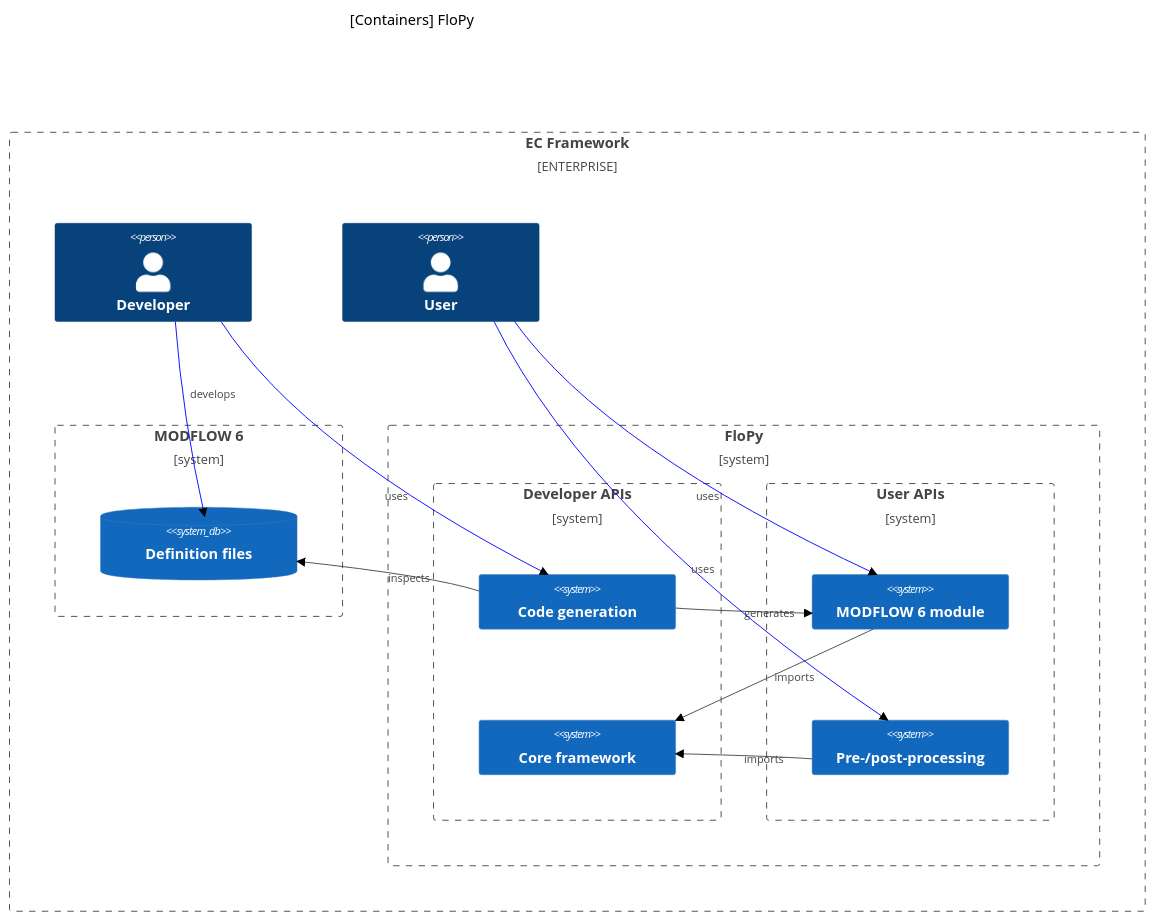
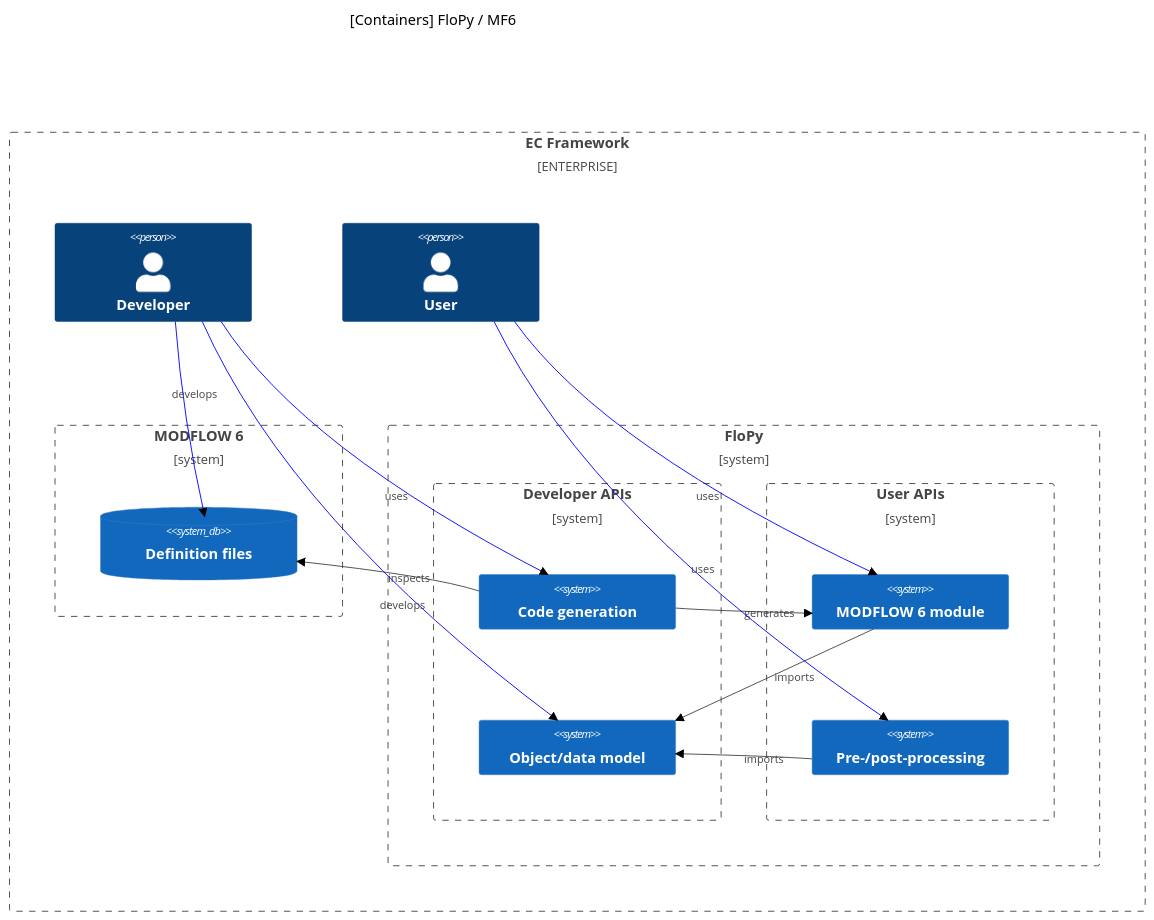
The second of 2 diagrams in docs/dev/c4.md (modflowpy/pyphoenix-project), drawn with Mermaid (neutral theme) before and after one commit. The commit also changed other lines of this file, not shown here.

Commit message:
draft context diagram, misc updates

````diff
--- a/docs/dev/c4.md
+++ b/docs/dev/c4.md
@@ -11,41 +39,44 @@
 ```mermaid
-C4Context
-  title [Containers] FloPy
+C4Container
+  title [Containers] FloPy / MF6
 
   Enterprise_Boundary(ec, "EC Framework") {
 
     Boundary(mf6, "MODFLOW 6"){
       SystemDb(dfn, "Definition files")
     }
 
     Boundary(flopy, "FloPy") {
       Boundary(devs, "Developer APIs") {
         System(fpycodegen, "Code generation")
-        System(fpycore, "Core framework")
+        System(fpycore, "Object/data model")
       }
       Boundary(users, "User APIs") {
           System(fpymf6, "MODFLOW 6 module")
           System(fpyprepost, "Pre-/post-processing")
       }
       Rel(fpymf6, fpycore, "imports")
       Rel(fpyprepost, fpycore, "imports")
     
       Rel(fpycodegen, dfn, "inspects")
       Rel(fpycodegen, fpymf6, "generates")
     }
 
     Person(dev, "Developer", "")
     Person(user, "User", "")
 
     Rel(dev, dfn, "develops")
+    Rel(dev, fpycore, "develops")
     Rel(dev, fpycodegen, "uses")
     Rel(user, fpymf6, "uses")
     Rel(user, fpyprepost, "uses")
-    UpdateRelStyle(dev, dfn, $lineColor="blue", $offsetY="-30")
+    UpdateRelStyle(dev, dfn, $lineColor="blue", $offsetX="-20" $offsetY="-30")
+    UpdateRelStyle(dev, fpycore, $lineColor="blue", $offsetY="90")
     UpdateRelStyle(dev, fpycodegen, $lineColor="blue", $offsetY="50")
     UpdateRelStyle(user, fpymf6, $lineColor="blue", $offsetY="50")
     UpdateRelStyle(user, fpyprepost, $lineColor="blue", $offsetY="50")
+    UpdateRelStyle(user, fpycore, $lineColor="blue", $offsetX="-20" $offsetY="-10")
   }
 
   UpdateLayoutConfig($c4ShapeInRow="5", $c4BoundaryInRow="5")
 ```
````
